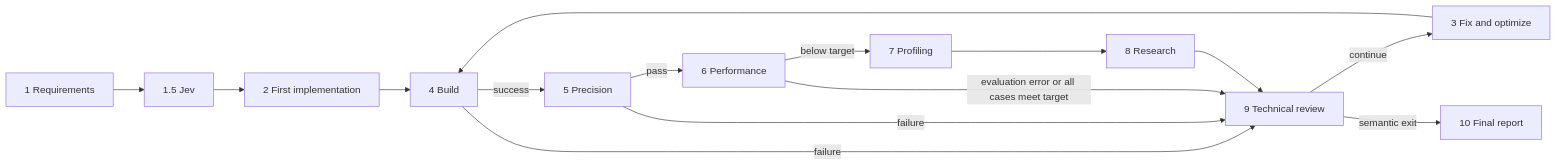
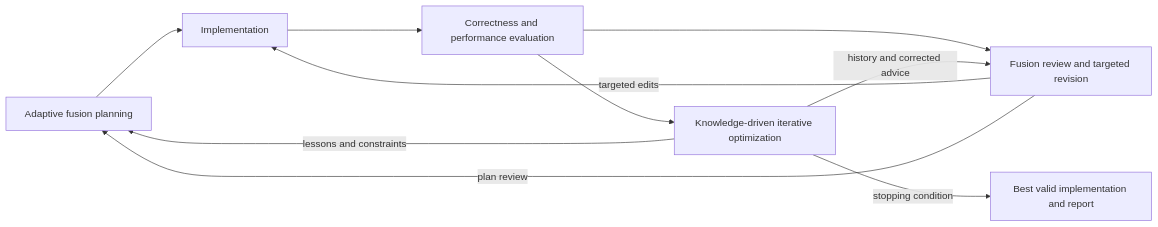
One commit to qqstar-423/FuseLoop changed the diagram in README.md. Above: the diagram before and after it, drawn with Mermaid. The commit also changed other lines of this file and 33 other files, not shown here.

````diff
--- a/README.md
+++ b/README.md
@@ -23,12 +33,12 @@
 ```mermaid
 flowchart LR
-    S1[1 Requirements] --> J[1.5 Jev] --> S2[2 First implementation] --> S4[4 Build]
-    S3[3 Fix and optimize] --> S4
-    S4 -->|success| S5[5 Precision] -->|pass| S6[6 Performance]
-    S4 -->|failure| S9[9 Technical review]
-    S5 -->|failure| S9
-    S6 -->|evaluation error or all cases meet target| S9
-    S6 -->|below target| S7[7 Profiling] --> S8[8 Research] --> S9
-    S9 -->|continue| S3
-    S9 -->|semantic exit| S10[10 Final report]
+    P[Adaptive fusion planning] --> I[Implementation]
+    I --> E[Correctness and performance evaluation]
+    E --> R[Fusion review and targeted revision]
+    R -->|targeted edits| I
+    R -->|plan review| P
+    E --> K[Knowledge-driven iterative optimization]
+    K -->|lessons and constraints| P
+    K -->|history and corrected advice| R
+    K -->|stopping condition| O[Best valid implementation and report]
 ```
````
